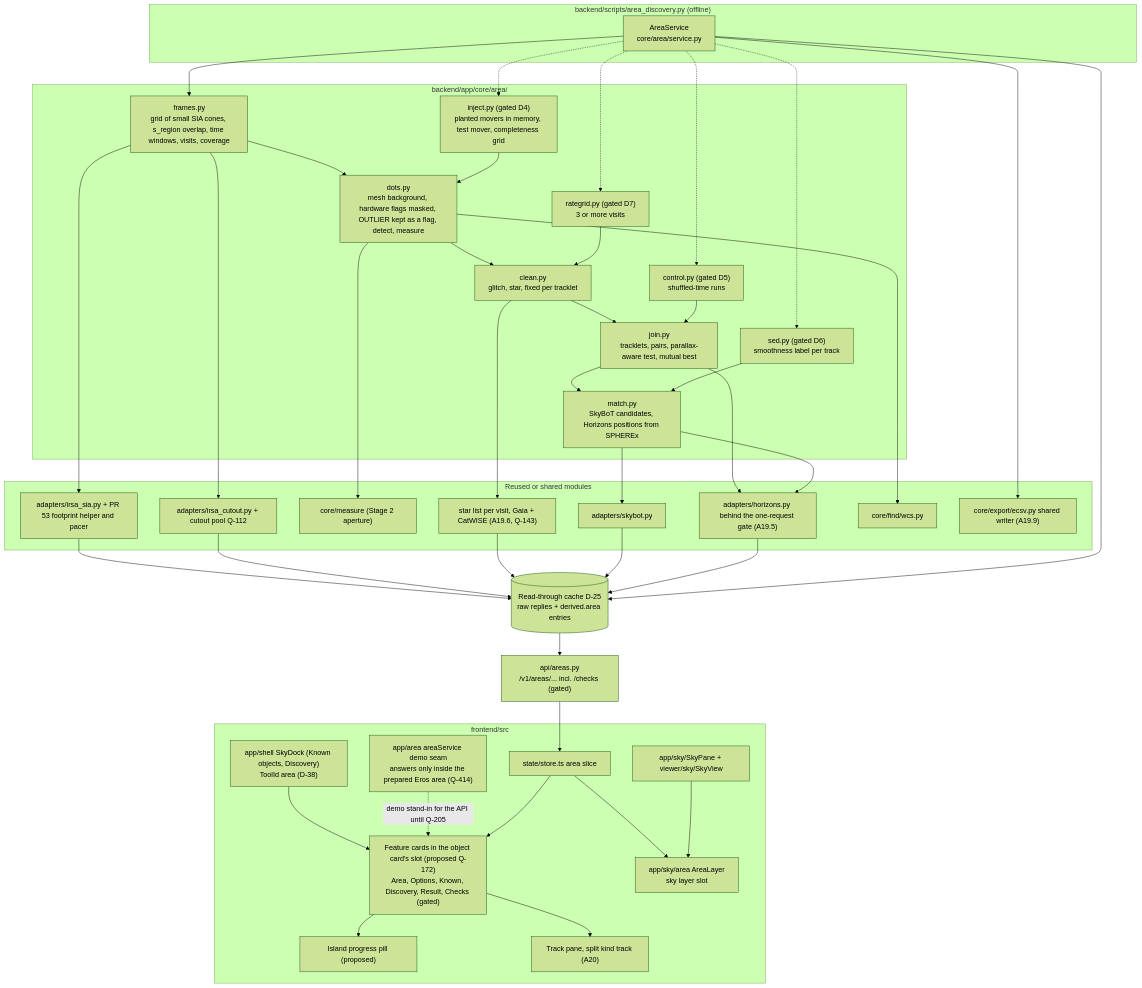
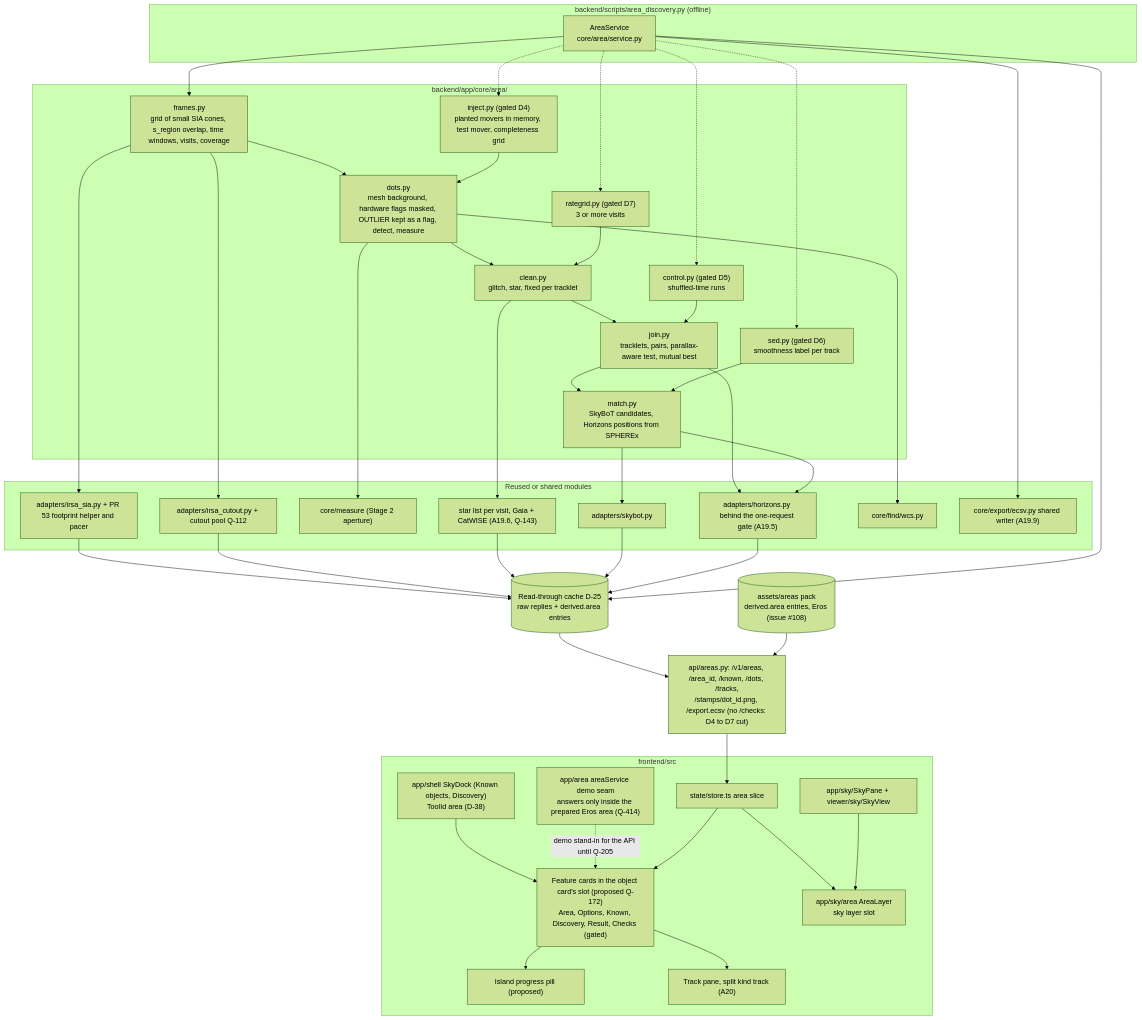
Before and after one commit to 0ffrian/SphereX: the first of 3 diagrams in docs/uml/22-area-search.md, drawn with Mermaid (forest theme). The commit also changed other lines of this file and 66 other files, not shown here.

First line of the commit message:
Discovery 1: labels, join, known check and /v1/areas API, Eros precomputed (#108)

````diff
--- a/docs/uml/22-area-search.md
+++ b/docs/uml/22-area-search.md
@@ -7,72 +7,74 @@
 ```mermaid
 flowchart TB
   subgraph Script["backend/scripts/area_discovery.py (offline)"]
     SVC["AreaService<br/>core/area/service.py"]
   end
   subgraph Core["backend/app/core/area/"]
     FRM["frames.py<br/>grid of small SIA cones, s_region overlap, time windows, visits, coverage"]
     DOT["dots.py<br/>mesh background, hardware flags masked, OUTLIER kept as a flag, detect, measure"]
     CLN["clean.py<br/>glitch, star, fixed per tracklet"]
     JON["join.py<br/>tracklets, pairs, parallax-aware test, mutual best"]
     MAT["match.py<br/>SkyBoT candidates, Horizons positions from SPHEREx"]
     INJ["inject.py (gated D4)<br/>planted movers in memory, test mover, completeness grid"]
     CTL["control.py (gated D5)<br/>shuffled-time runs"]
     SED["sed.py (gated D6)<br/>smoothness label per track"]
     RGL["rategrid.py (gated D7)<br/>3 or more visits"]
   end
   subgraph Reused["Reused or shared modules"]
     SIA["adapters/irsa_sia.py + PR 53 footprint helper and pacer"]
     CUT["adapters/irsa_cutout.py + cutout pool Q-112"]
     MEAS["core/measure (Stage 2 aperture)"]
     STAR["star list per visit, Gaia + CatWISE (A19.6, Q-143)"]
     SKB["adapters/skybot.py"]
     HOR["adapters/horizons.py behind the one-request gate (A19.5)"]
     WCS["core/find/wcs.py"]
     ECSV["core/export/ecsv.py shared writer (A19.9)"]
   end
   CACHE[("Read-through cache D-25<br/>raw replies + derived.area entries")]
-  API["api/areas.py<br/>/v1/areas/... incl. /checks (gated)"]
+  API["api/areas.py: /v1/areas, /area_id, /known, /dots, /tracks,<br/>/stamps/dot_id.png, /export.ecsv (no /checks: D4 to D7 cut)"]
+  PACK[("assets/areas pack<br/>derived.area entries, Eros (issue #108)")]
   subgraph FE["frontend/src"]
     RAIL["app/shell SkyDock (Known objects, Discovery)<br/>ToolId area (D-38)"]
     DEMO["app/area areaService demo seam<br/>answers only inside the prepared Eros area (Q-414)"]
     CARDS["Feature cards in the object card's slot (proposed Q-172)<br/>Area, Options, Known, Discovery, Result, Checks (gated)"]
     ISL["Island progress pill (proposed)"]
     LAYER["app/sky/area AreaLayer<br/>sky layer slot"]
     STORE["state/store.ts area slice"]
     TRK["Track pane, split kind track (A20)"]
     SKY["app/sky/SkyPane + viewer/sky/SkyView"]
   end
   SVC --> FRM --> DOT --> CLN --> JON --> MAT
   SVC --> ECSV
   SVC -.-> INJ
   SVC -.-> CTL
   SVC -.-> SED
   SVC -.-> RGL
   INJ --> DOT
   CTL --> JON
   RGL --> CLN
   SED --> MAT
   FRM --> SIA
   FRM --> CUT
   DOT --> WCS
   DOT --> MEAS
   CLN --> STAR
   JON --> HOR
   MAT --> SKB
   MAT --> HOR
   SIA --> CACHE
   CUT --> CACHE
   STAR --> CACHE
   SKB --> CACHE
   HOR --> CACHE
   SVC --> CACHE
   CACHE --> API
+  PACK --> API
   API --> STORE
   RAIL --> CARDS
   DEMO -.->|"demo stand-in for the API until Q-205"| CARDS
   STORE --> CARDS
   CARDS --> ISL
   STORE --> LAYER
   SKY --> LAYER
   CARDS --> TRK
 ```
````
